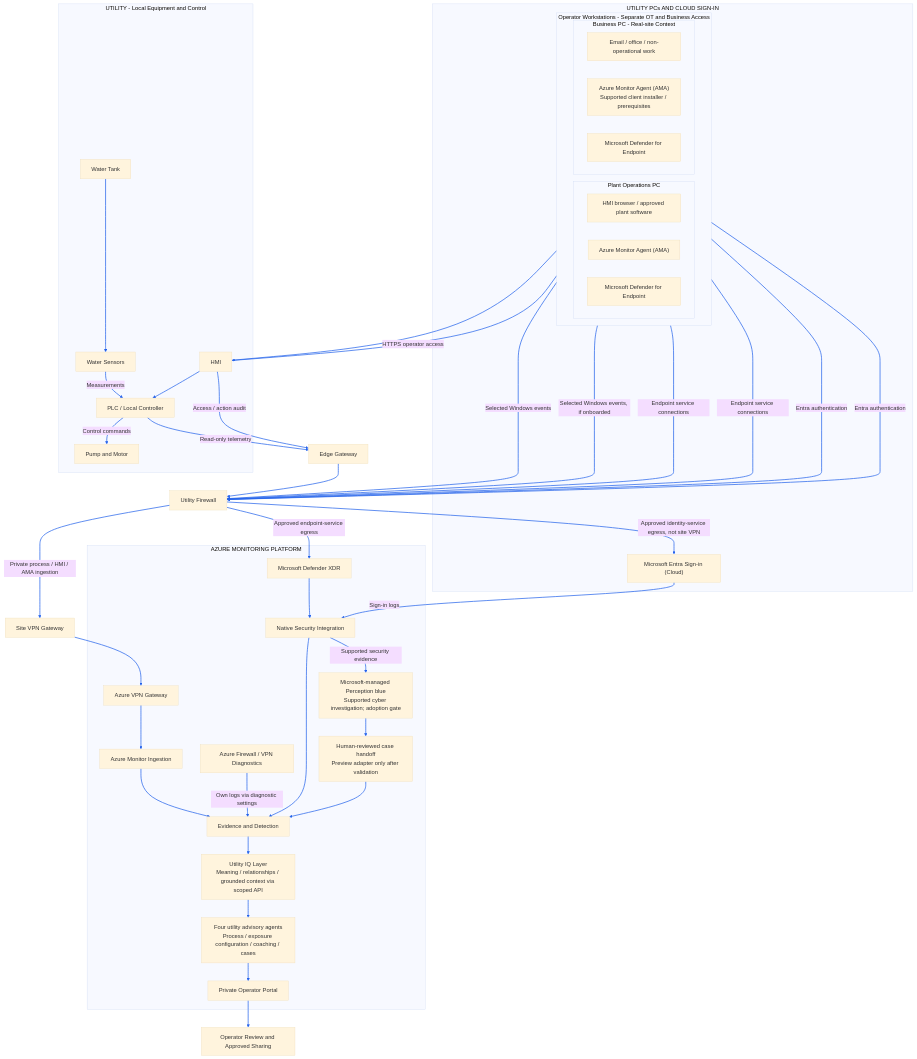
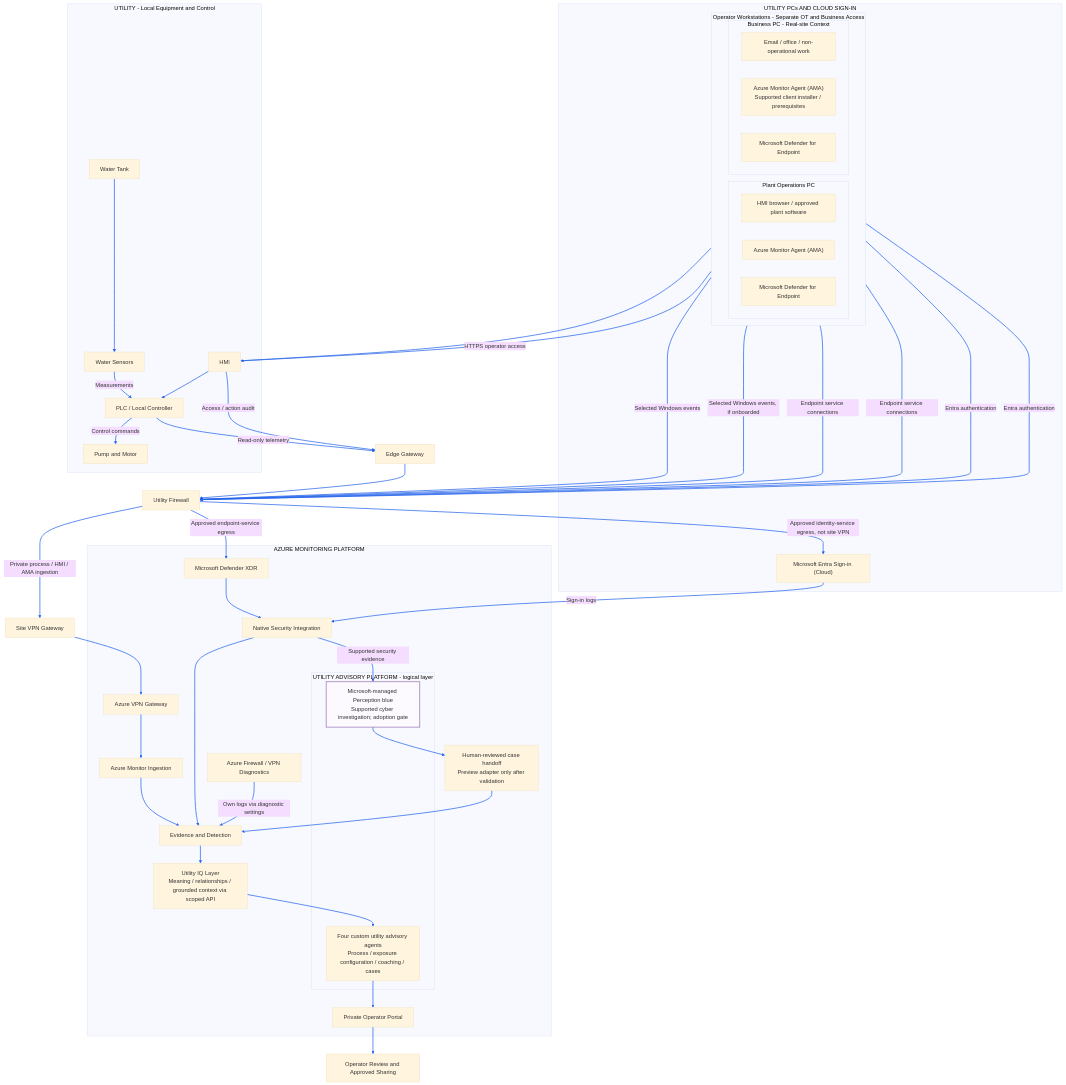
One commit to srvenkatms/WaterSupplyInisghtIQ changed the second of 4 diagrams in docs/target-architecture.md. Above: the diagram before and after it, drawn with Mermaid (base theme). The commit also changed other lines of this file and 1 other file, not shown here.

First line of the commit message:
Group Perception within the utility advisory layer

````diff
--- a/docs/target-architecture.md
+++ b/docs/target-architecture.md
@@ -220,79 +227,82 @@
 ```mermaid
 flowchart TB
   subgraph Access["UTILITY PCs AND CLOUD SIGN-IN"]
     subgraph Workstations["Operator Workstations - Separate OT and Business Access"]
       direction LR
       subgraph Desktop["Plant Operations PC"]
         DesktopApps["HMI browser / approved plant software"]
         PlantAMA["Azure Monitor Agent (AMA)"]
         PlantDefender["Microsoft Defender for Endpoint"]
       end
       subgraph BusinessPC["Business PC - Real-site Context"]
         BusinessApps["Email / office / non-operational work"]
         BusinessAMA["Azure Monitor Agent (AMA)<br/>Supported client installer / prerequisites"]
         BusinessDefender["Microsoft Defender for Endpoint"]
       end
     end
     Entra["Microsoft Entra Sign-in (Cloud)"]
   end
 
   subgraph Equipment["UTILITY - Local Equipment and Control"]
     Tank["Water Tank"]
     Sensors["Water Sensors"]
     PLC["PLC / Local Controller"]
     Pump["Pump and Motor"]
     HMI["HMI"]
     Tank --> Sensors
     Sensors -->|"Measurements"| PLC
     PLC -->|"Control commands"| Pump
     HMI --> PLC
   end
 
   Gateway["Edge Gateway"]
   Firewall["Utility Firewall"]
   SiteVPN["Site VPN Gateway"]
   DesktopApps -->|"HTTPS operator access"| HMI
   %% Layout-only link aligns the PCs; business-to-HMI access is prohibited.
   BusinessApps ~~~ HMI
   PLC -->|"Read-only telemetry"| Gateway
   HMI -->|"Access / action audit"| Gateway
   PlantAMA -->|"Selected Windows events"| Firewall
   BusinessAMA -->|"Selected Windows events, if onboarded"| Firewall
   PlantDefender -->|"Endpoint service connections"| Firewall
   BusinessDefender -->|"Endpoint service connections"| Firewall
   DesktopApps -->|"Entra authentication"| Firewall
   BusinessApps -->|"Entra authentication"| Firewall
   Gateway --> Firewall
   Firewall -->|"Private process / HMI / AMA ingestion"| SiteVPN
 
   subgraph Cloud["AZURE MONITORING PLATFORM"]
     CloudVPN["Azure VPN Gateway"]
     Ingestion["Azure Monitor Ingestion"]
     Defender["Microsoft Defender XDR"]
     Diagnostics["Azure Firewall / VPN Diagnostics"]
     Security["Native Security Integration"]
     Evidence["Evidence and Detection"]
     IQ["Utility IQ Layer<br/>Meaning / relationships / grounded context via scoped API"]
-    Agents["Four utility advisory agents<br/>Process / exposure configuration / coaching / cases"]
-    Perception["Microsoft-managed Perception blue<br/>Supported cyber investigation; adoption gate"]
+    subgraph Advisory["UTILITY ADVISORY PLATFORM - logical layer"]
+      Agents["Four custom utility advisory agents<br/>Process / exposure configuration / coaching / cases"]
+      Perception["Microsoft-managed Perception blue<br/>Supported cyber investigation; adoption gate"]
+    end
+    style Perception fill:#fcf9ff,stroke:#9775b3,stroke-width:2px
     Handoff["Human-reviewed case handoff<br/>Preview adapter only after validation"]
     Portal["Private Operator Portal"]
     CloudVPN --> Ingestion
     Ingestion --> Evidence
     Defender --> Security
     Diagnostics -->|"Own logs via diagnostic settings"| Evidence
     Security --> Evidence
     Security -->|"Supported security evidence"| Perception
     Perception --> Handoff --> Evidence
     Evidence --> IQ
     IQ --> Agents
     Agents --> Portal
   end
 
   SiteVPN --> CloudVPN
   Firewall -->|"Approved endpoint-service egress"| Defender
   Firewall -->|"Approved identity-service egress, not site VPN"| Entra
   Entra -->|"Sign-in logs"| Security
   Portal --> Review["Operator Review and Approved Sharing"]
   linkStyle default stroke:#2563eb,stroke-width:2px;
 ```
````
